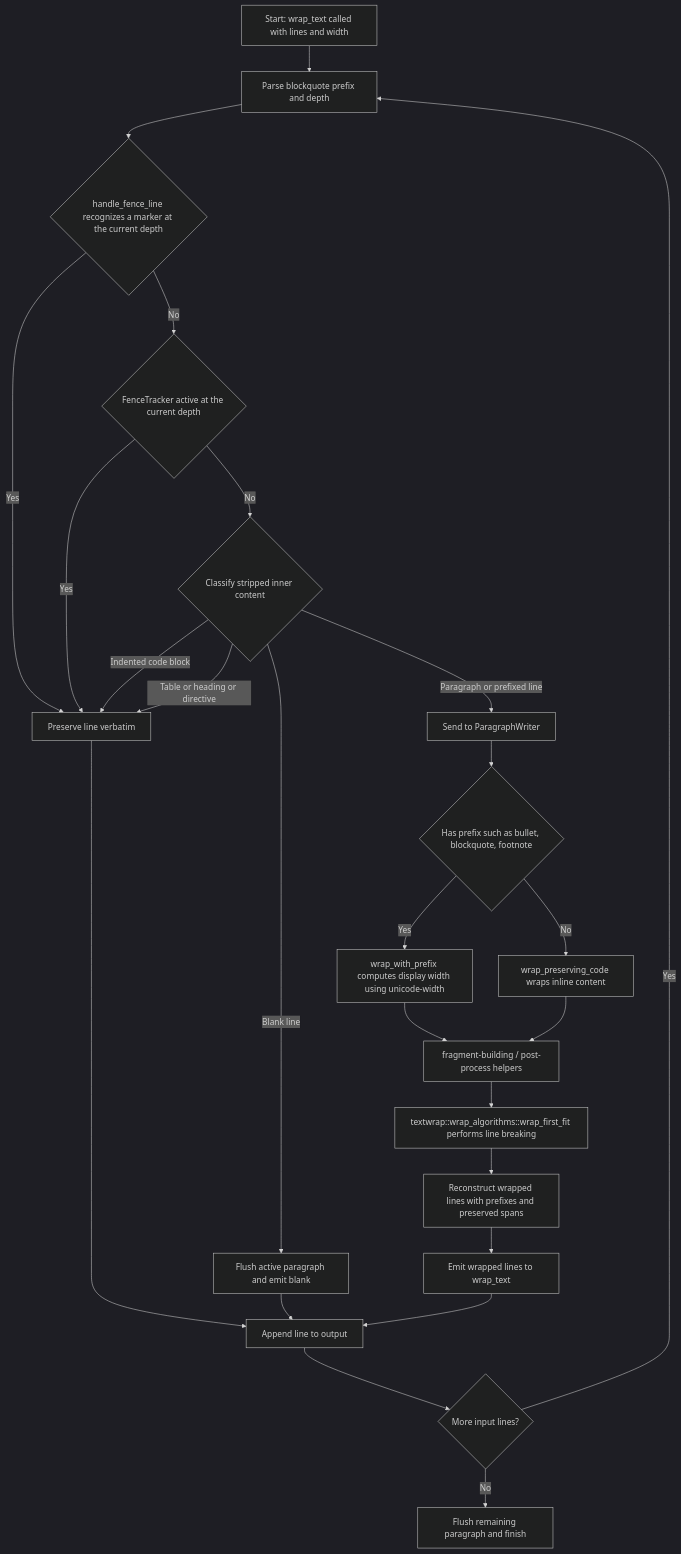
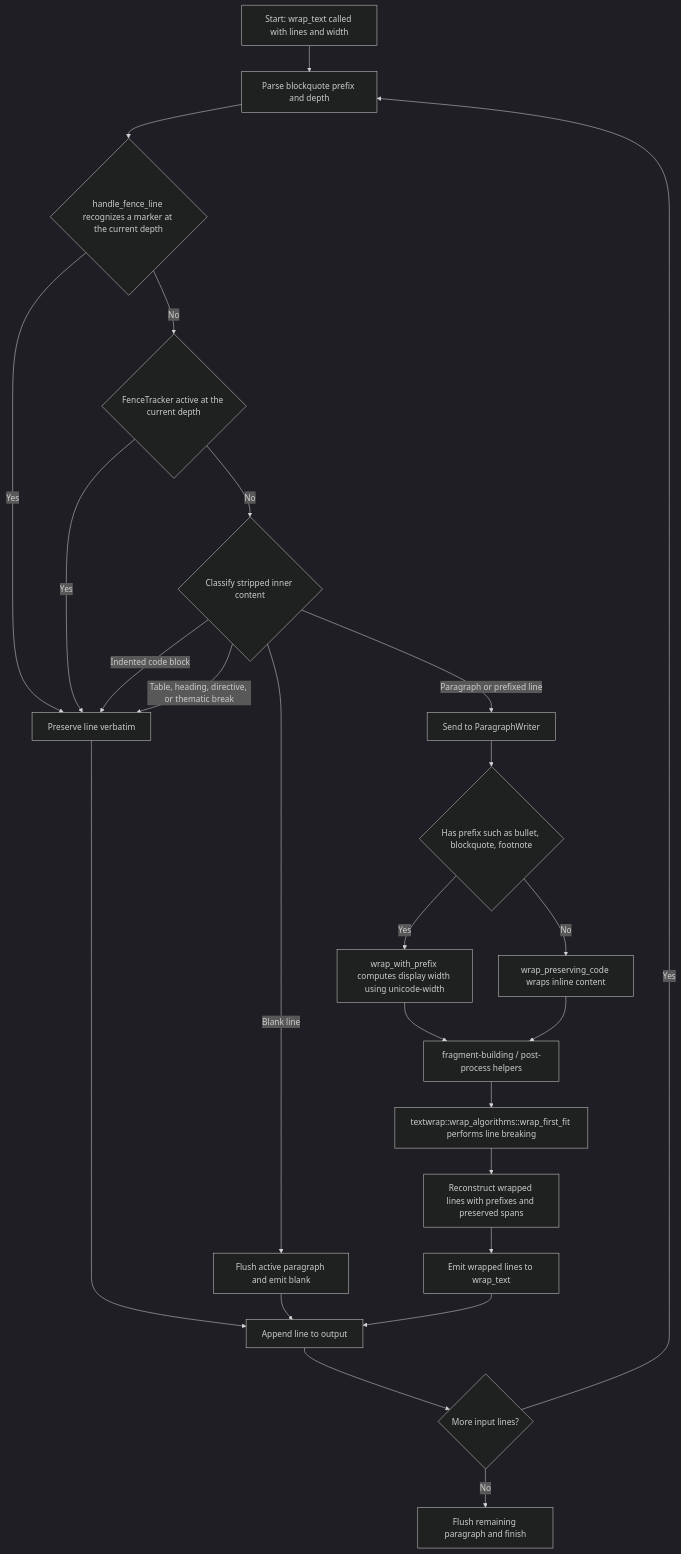
One commit to leynos/mdtablefix changed the fourth of 6 diagrams in docs/architecture.md. Above: the diagram before and after it, drawn with Mermaid (dark theme). The commit also changed other lines of this file and 33 other files, not shown here.

````diff
--- a/docs/architecture.md
+++ b/docs/architecture.md
@@ -527,33 +542,33 @@
 ```mermaid
 flowchart TD
     A[Start: wrap_text called with lines and width] --> P[Parse blockquote prefix and depth]
     P --> Q{handle_fence_line recognizes a marker at the current depth}
     Q -->|Yes| C[Preserve line verbatim]
     Q -->|No| R{FenceTracker active at the current depth}
     R -->|Yes| C
     R -->|No| B{Classify stripped inner content}
 
     B -->|Indented code block| C
-    B -->|Table or heading or directive| C
+    B -->|Table, heading, directive, or thematic break| C
     B -->|Blank line| D[Flush active paragraph and emit blank]
     B -->|Paragraph or prefixed line| E[Send to ParagraphWriter]
 
     E --> F{Has prefix such as bullet, blockquote, footnote}
     F -->|Yes| G[wrap_with_prefix computes display width using unicode-width]
     F -->|No| H[wrap_preserving_code wraps inline content]
 
     G --> I[fragment-building / post-process helpers]
     H --> I
 
     I --> J[textwrap::wrap_algorithms::wrap_first_fit performs line breaking]
     J --> K[Reconstruct wrapped lines with prefixes and preserved spans]
     K --> L[Emit wrapped lines to wrap_text]
 
     C --> M[Append line to output]
     D --> M
     L --> M
 
     M --> N{More input lines?}
     N -->|Yes| P
     N -->|No| O[Flush remaining paragraph and finish]
 ```
````
